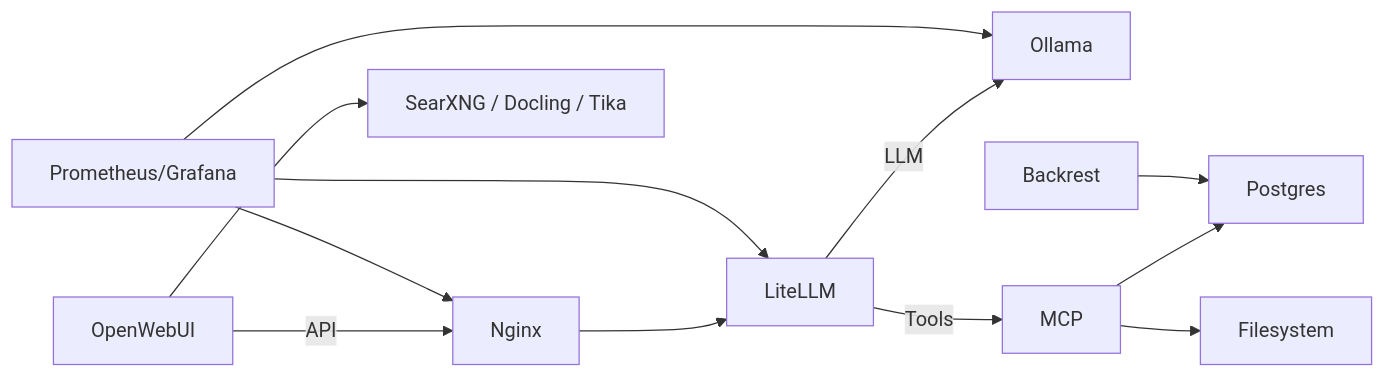
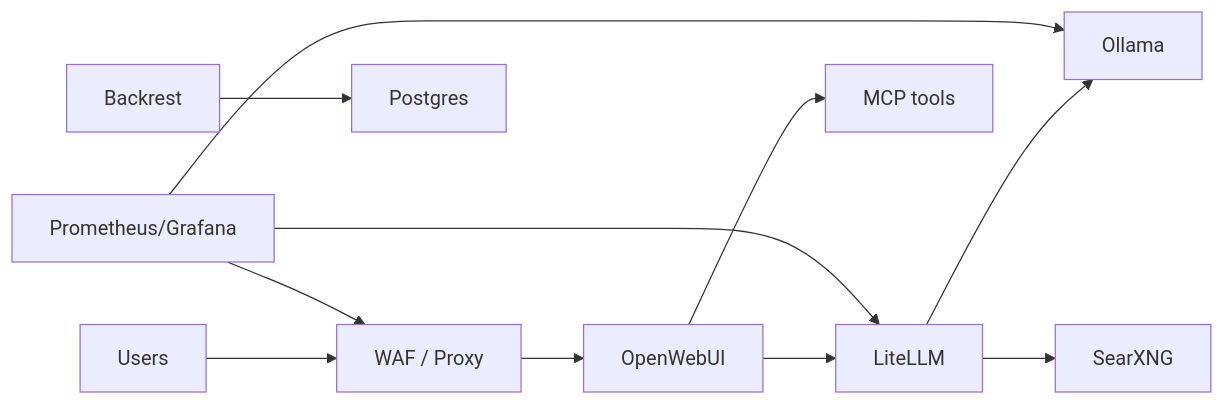
The diagram in docs/overview.md (DIZ-admin/erni-ki), drawn with Mermaid before and after one commit. The commit also changed other lines of this file and 11 other files, not shown here.

````diff
--- a/docs/overview.md
+++ b/docs/overview.md
@@ -31,14 +37,13 @@
 ```mermaid
 flowchart LR
-  UI[OpenWebUI] -->|API| Nginx
-  Nginx --> LiteLLM
-  LiteLLM -->|LLM| Ollama
-  LiteLLM -->|Tools| MCP
-  MCP --> Postgres
-  MCP --> Files[Filesystem]
-  UI --> RAG[SearXNG / Docling / Tika]
-  Monitoring[Prometheus/Grafana] --> Nginx
-  Monitoring --> LiteLLM
-  Monitoring --> Ollama
+  Users --> Nginx[WAF / Proxy]
+  Nginx --> OpenWebUI
+  OpenWebUI --> LiteLLM
+  LiteLLM --> Ollama
+  LiteLLM --> SearXNG
+  OpenWebUI --> MCP[MCP tools]
+  Prom[Prometheus/Grafana] --> Nginx
+  Prom --> LiteLLM
+  Prom --> Ollama
   Backup[Backrest] --> Postgres
 ```
````
